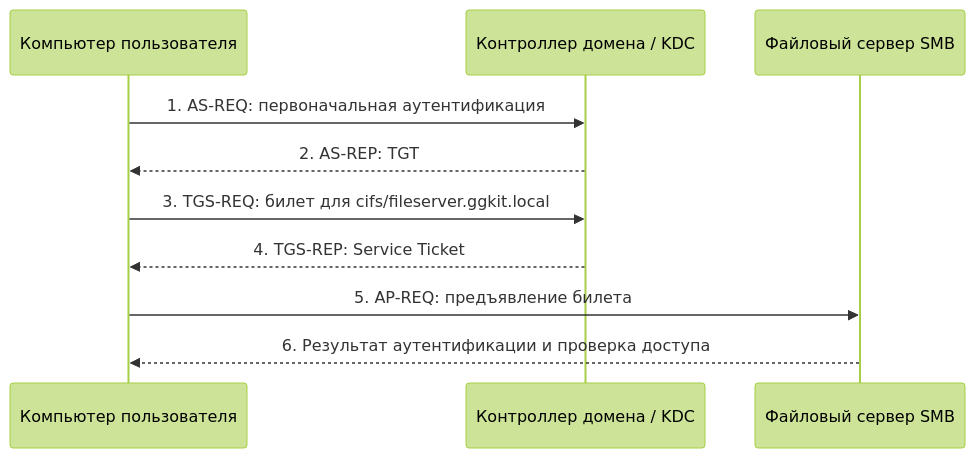
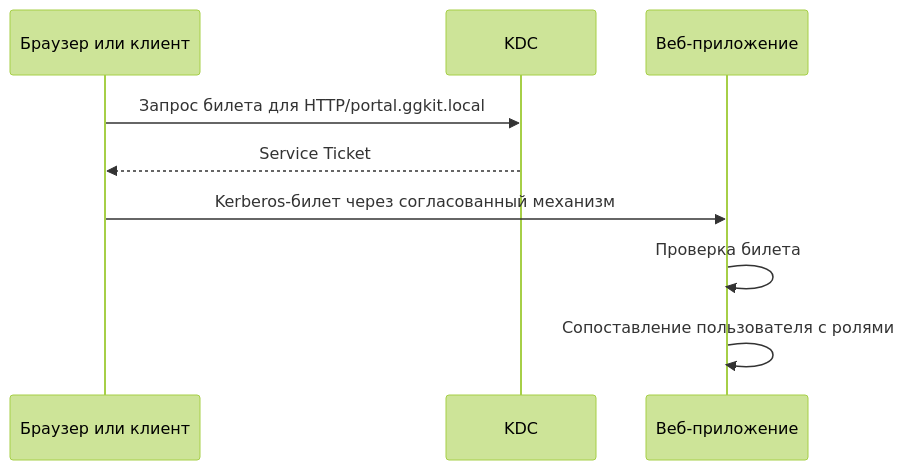
The eighth of 9 diagrams in DevOps/Сетевое и системное администрирование/3. Доменная инфраструктура/0. Основы доменной инфраструктуры/4. Kerberos — архитектура и процесс аутентификации.md (Dzhambulat-Kagermanov/obsidian-vault), drawn with Mermaid (forest theme) before and after one commit. The commit also changed other lines of this file, not shown here.

Commit message:
auto backup: 2026-11-22 14:34:12 M DevOps/Сетевое и системное администрирование/3. Доменная инфраструктура/0. Основы доменной инфраструктуры/4. Kerberos — архитектура и процесс аутентификации.md

````diff
--- a/DevOps/Сетевое и системное администрирование/3. Доменная инфраструктура/0. Основы доменной инфраструктуры/4. Kerberos — архитектура и процесс аутентификации.md
+++ b/DevOps/Сетевое и системное администрирование/3. Доменная инфраструктура/0. Основы доменной инфраструктуры/4. Kerberos — архитектура и процесс аутентификации.md
@@ -120,12 +284,11 @@
 ```mermaid
 sequenceDiagram
-    participant U as Компьютер пользователя
-    participant K as Контроллер домена / KDC
-    participant F as Файловый сервер SMB
-    U->>K: 1. AS-REQ: первоначальная аутентификация
-    K-->>U: 2. AS-REP: TGT
-    U->>K: 3. TGS-REQ: билет для cifs/fileserver.ggkit.local
-    K-->>U: 4. TGS-REP: Service Ticket
-    U->>F: 5. AP-REQ: предъявление билета
-    F-->>U: 6. Результат аутентификации и проверка доступа
+    participant C as Браузер или клиент
+    participant K as KDC
+    participant A as Веб-приложение
+    C->>K: Запрос билета для HTTP/portal.ggkit.local
+    K-->>C: Service Ticket
+    C->>A: Kerberos-билет через согласованный механизм
+    A->>A: Проверка билета
+    A->>A: Сопоставление пользователя с ролями
 ```
````
